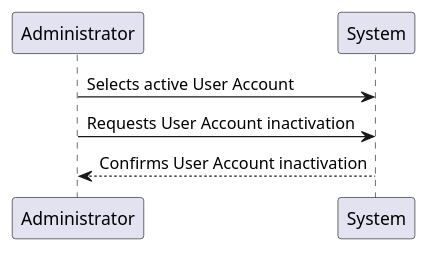
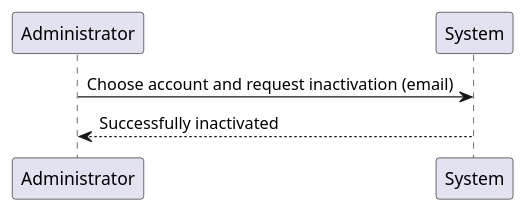
The diagram in docs/modelling_design/user_stories/us005/US005_InactivateUserAccountSSD.puml (ivo-menezes/project_g3), drawn with PlantUML before and after one commit.

Commit message:
US005: Analysis: Inactivate user Account SSD

```diff
--- a/docs/modelling_design/user_stories/us005/US005_InactivateUserAccountSSD.puml
+++ b/docs/modelling_design/user_stories/us005/US005_InactivateUserAccountSSD.puml
@@ -1,8 +1,6 @@
 @startuml
-'https://plantuml.com/sequence-diagram
 
-Administrator -> System: Selects active User Account
-Administrator -> System: Requests User Account inactivation
-Administrator <-- System: Confirms User Account inactivation
+Administrator -> System: Choose account and request inactivation (email)
+Administrator <-- System: Successfully inactivated
 
 @enduml
```
